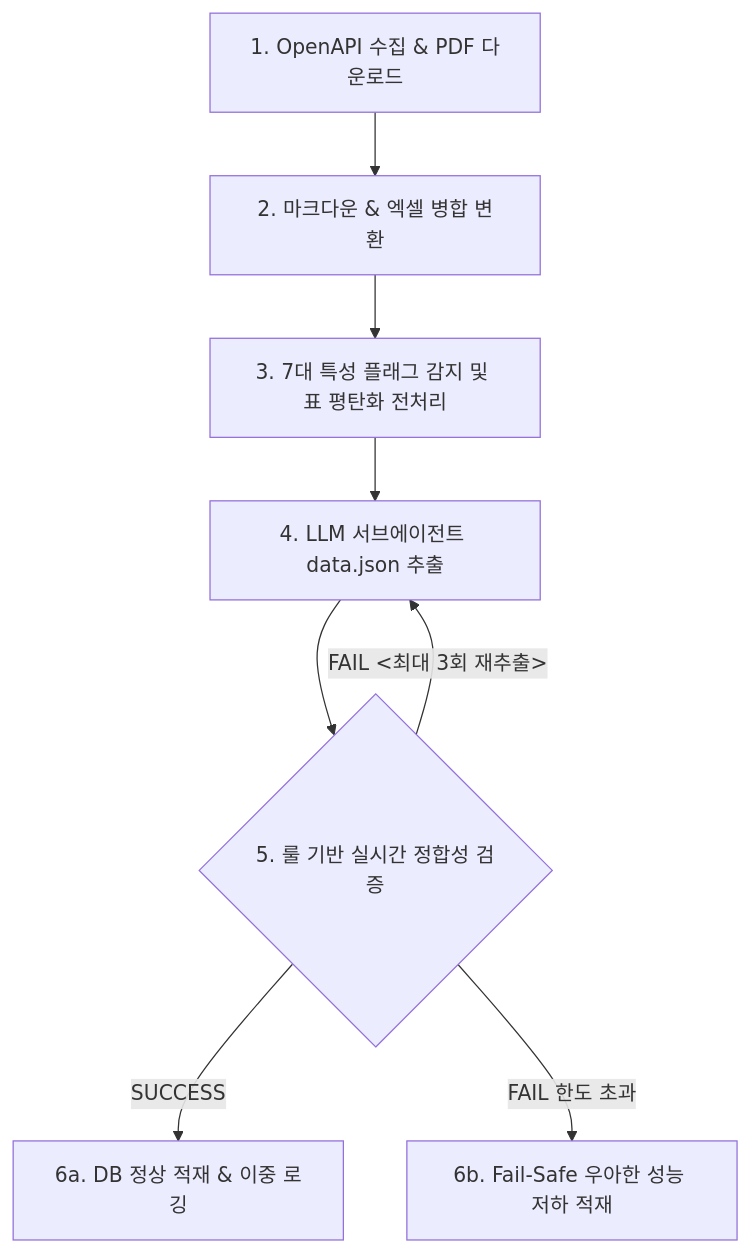
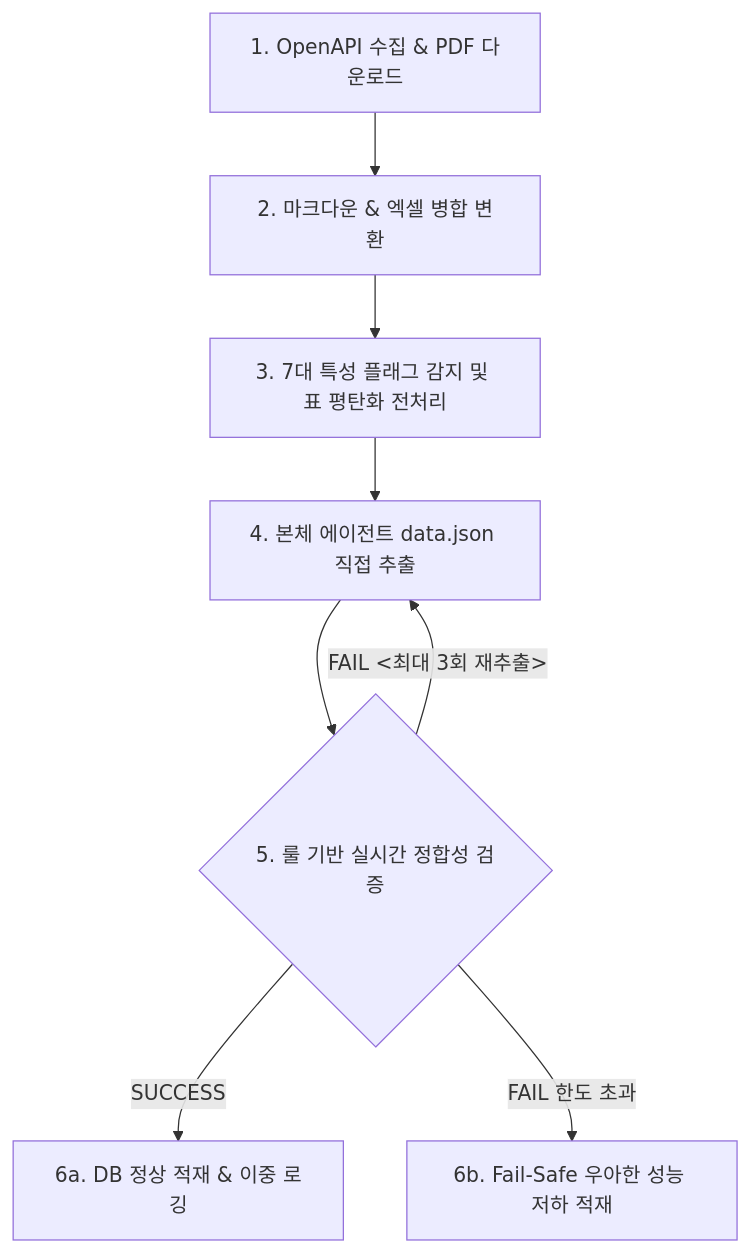
The diagram in backend/PROJECT.md (JaeMin1130/pleasehome), drawn with Mermaid before and after one commit. The commit also changed other lines of this file and 3 other files, not shown here.

````diff
--- a/backend/PROJECT.md
+++ b/backend/PROJECT.md
@@ -62,10 +62,10 @@
 ```mermaid
 graph TD
     A[1. OpenAPI 수집 & PDF 다운로드] --> B[2. 마크다운 & 엑셀 병합 변환]
     B --> C[3. 7대 특성 플래그 감지 및 표 평탄화 전처리]
-    C --> D[4. LLM 서브에이전트 data.json 추출]
+    C --> D[4. 본체 에이전트 data.json 직접 추출]
     D --> E{5. 룰 기반 실시간 정합성 검증}
     E -- SUCCESS --> F[6a. DB 정상 적재 & 이중 로깅]
     E -- FAIL <최대 3회 재추출> --> D
     E -- FAIL 한도 초과 --> G[6b. Fail-Safe 우아한 성능 저하 적재]
 ```
````
